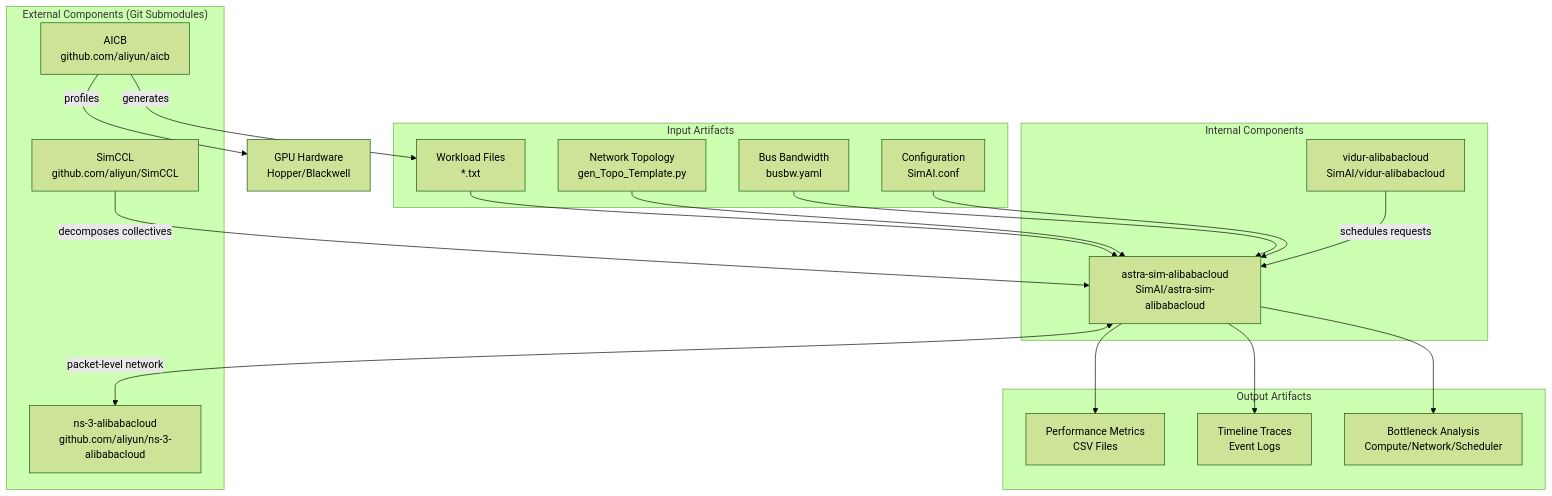
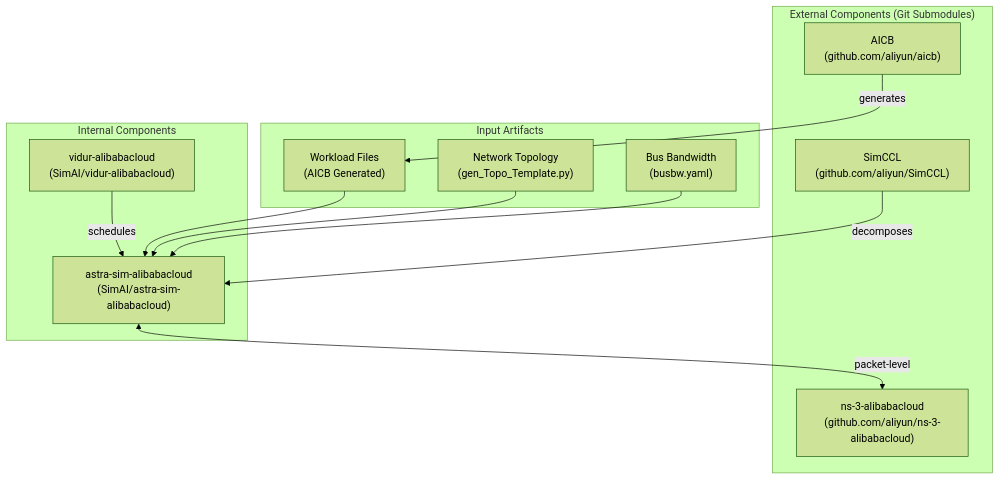
Before and after one commit to charles1614/hirono-wiki: the first of 2 diagrams in tools/__tests__/fixtures/converters/deepwiki-com/simai-overview.expected.md, drawn with Mermaid (forest theme). The commit also changed other lines of this file and 989 other files, not shown here.

````diff
--- a/tools/__tests__/fixtures/converters/deepwiki-com/simai-overview.expected.md
+++ b/tools/__tests__/fixtures/converters/deepwiki-com/simai-overview.expected.md
@@ -42,44 +45,28 @@
 ```mermaid
 graph TB
-    subgraph External["External Components (Git Submodules)"]
-        AICB["AICB<br/>github.com/aliyun/aicb"]
-        SimCCL["SimCCL<br/>github.com/aliyun/SimCCL"]
-        NS3["ns-3-alibabacloud<br/>github.com/aliyun/ns-3-alibabacloud"]
+    subgraph "External Components (Git Submodules)"
+        AICB["AICB<br/>(github.com/aliyun/aicb)"]
+        SimCCL["SimCCL<br/>(github.com/aliyun/SimCCL)"]
+        NS3["ns-3-alibabacloud<br/>(github.com/aliyun/ns-3-alibabacloud)"]
     end
 
-    subgraph Internal["Internal Components"]
-        AstraSim["astra-sim-alibabacloud<br/>SimAI/astra-sim-alibabacloud"]
-        Vidur["vidur-alibabacloud<br/>SimAI/vidur-alibabacloud"]
+    subgraph "Internal Components"
+        AstraSim["astra-sim-alibabacloud<br/>(SimAI/astra-sim-alibabacloud)"]
+        Vidur["vidur-alibabacloud<br/>(SimAI/vidur-alibabacloud)"]
     end
 
-    subgraph InputArtifacts["Input Artifacts"]
-        Workload["Workload Files<br/>*.txt"]
-        Topology["Network Topology<br/>gen_Topo_Template.py"]
-        BusBW["Bus Bandwidth<br/>busbw.yaml"]
-        Config["Configuration<br/>SimAI.conf"]
-    end
-
-    subgraph OutputArtifacts["Output Artifacts"]
-        Metrics["Performance Metrics<br/>CSV Files"]
-        Timeline["Timeline Traces<br/>Event Logs"]
-        Analysis["Bottleneck Analysis<br/>Compute/Network/Scheduler"]
+    subgraph "Input Artifacts"
+        Workload["Workload Files<br/>(AICB Generated)"]
+        Topology["Network Topology<br/>(gen_Topo_Template.py)"]
+        BusBW["Bus Bandwidth<br/>(busbw.yaml)"]
     end
 
     AICB -->|generates| Workload
-    AICB -->|profiles| GPU["GPU Hardware<br/>Hopper/Blackwell"]
-
-    SimCCL -->|decomposes collectives| AstraSim
+    SimCCL -->|decomposes| AstraSim
+    Vidur -->|schedules| AstraSim
+    AstraSim <-->|packet-level| NS3
 
     Workload --> AstraSim
     Topology --> AstraSim
     BusBW --> AstraSim
-    Config --> AstraSim
-
-    Vidur -->|schedules requests| AstraSim
-
-    AstraSim <-->|packet-level network| NS3
-
-    AstraSim --> Metrics
-    AstraSim --> Timeline
-    AstraSim --> Analysis
 ```
````
